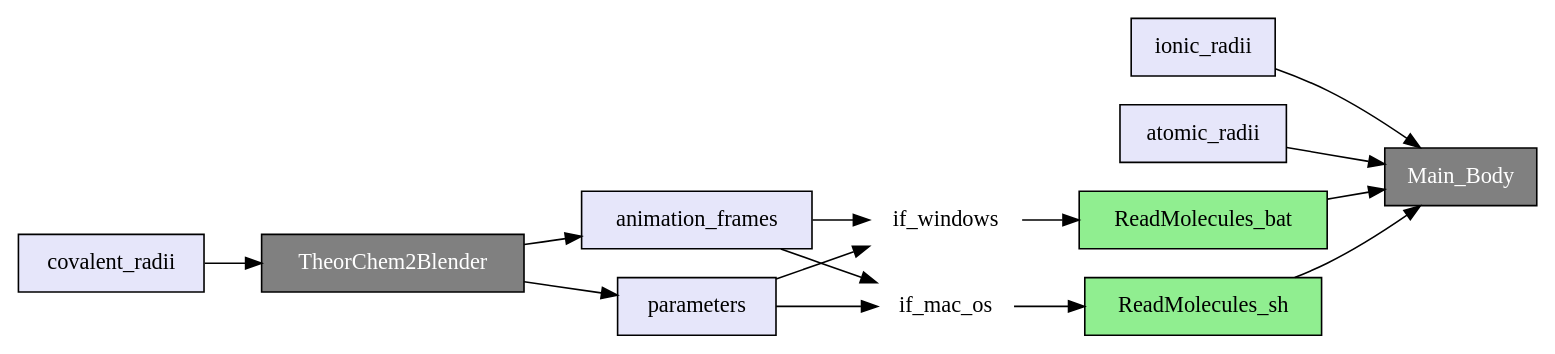
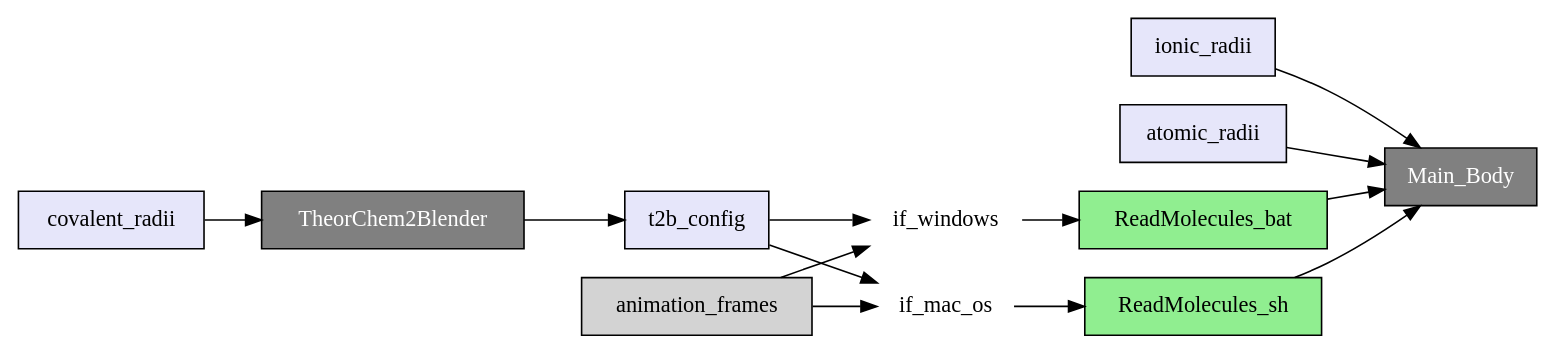
Before and after one commit to eecheve/Gaussian-2-Blender: the first of 3 diagrams in docs/components.rst, drawn with Graphviz. The commit also changed 2 other files, not shown here.

Commit message:
components diagram update
Updated to replace the animation_frames & parameters ad hoc files with the t2b_config schema.

```diff
--- a/docs/components.rst
+++ b/docs/components.rst
@@ -15,41 +15,39 @@
 .. graphviz::
 
    digraph Outline {
          rankdir = LR;
          node [shape=box, style=filled];
 
          Main_Body [fillcolor=gray, fontcolor=white, color=black, style=filled, shape=box];
          TheorChem2Blender [fillcolor=gray, fontcolor=white, color=black, style=filled, shape=box];
          
          covalent_radii [fillcolor=lavender];
          ionic_radii [fillcolor=lavender];
          atomic_radii [fillcolor=lavender];
 
-         animation_frames [fillcolor=lavender];
-         parameters [fillcolor=lavender];
+         t2b_config [fillcolor=lavender];
 
          ReadMolecules_bat [fillcolor=lightgreen];
          ReadMolecules_sh [fillcolor=lightgreen];
 
          if_windows [shape=box, style=filled, fillcolor=white, color=white];
          if_mac_os [shape=box, style=filled, fillcolor=white, color=white];
 
          covalent_radii -> TheorChem2Blender;
          
-         TheorChem2Blender -> animation_frames;
-         TheorChem2Blender -> parameters;
+         TheorChem2Blender -> t2b_config;
 
          animation_frames -> if_windows;
          animation_frames -> if_mac_os;
 
-         parameters -> if_windows;
-         parameters -> if_mac_os;
+         t2b_config -> if_windows;
+         t2b_config -> if_mac_os;
 
          if_windows -> ReadMolecules_bat;
          if_mac_os -> ReadMolecules_sh;
 
          ReadMolecules_bat -> Main_Body;
          ReadMolecules_sh -> Main_Body;
          ionic_radii -> Main_Body;
          atomic_radii -> Main_Body;
    }
```
